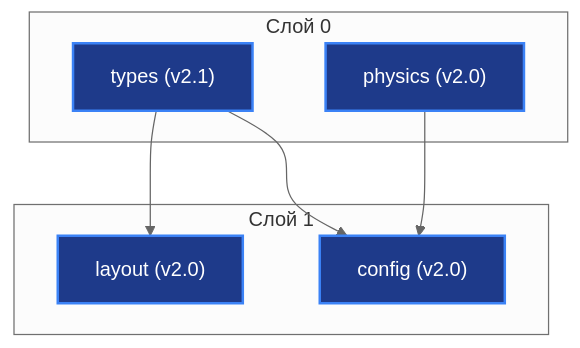
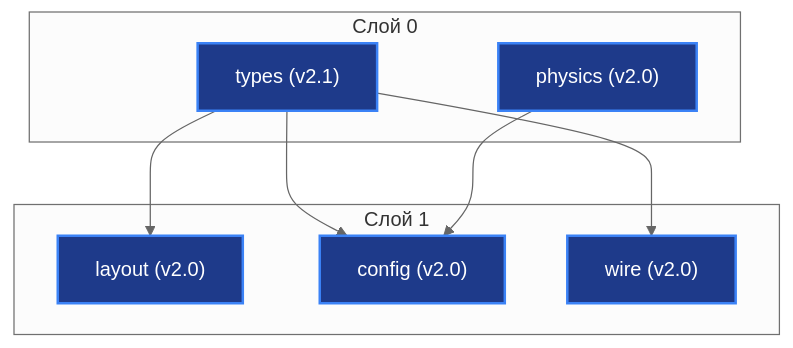
One commit to H4V1K-dev/axicor_enterprise changed the diagram in docs/engine/INDEX.md. Above: the diagram before and after it, drawn with Mermaid (neutral theme). The commit also changed other lines of this file and 2 other files, not shown here.

Commit message:
docs: add engine documentation and wire specification files

````diff
--- a/docs/engine/INDEX.md
+++ b/docs/engine/INDEX.md
@@ -9,18 +9,20 @@
 ```mermaid
 graph TD
     subgraph L0["Слой 0"]
         types["types (v2.1)"]
         physics["physics (v2.0)"]
     end
     subgraph L1["Слой 1"]
         layout["layout (v2.0)"]
         config["config (v2.0)"]
+        wire["wire (v2.0)"]
     end
 
     types --> layout
     types --> config
+    types --> wire
     physics --> config
 
     classDef active fill:#1e3a8a,stroke:#3b82f6,stroke-width:2px,color:#fff;
-    class types,physics,layout,config active;
+    class types,physics,layout,config,wire active;
 ```
````
